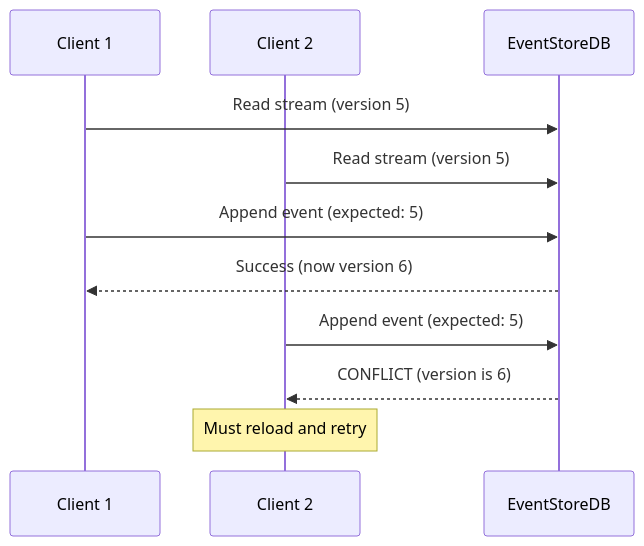
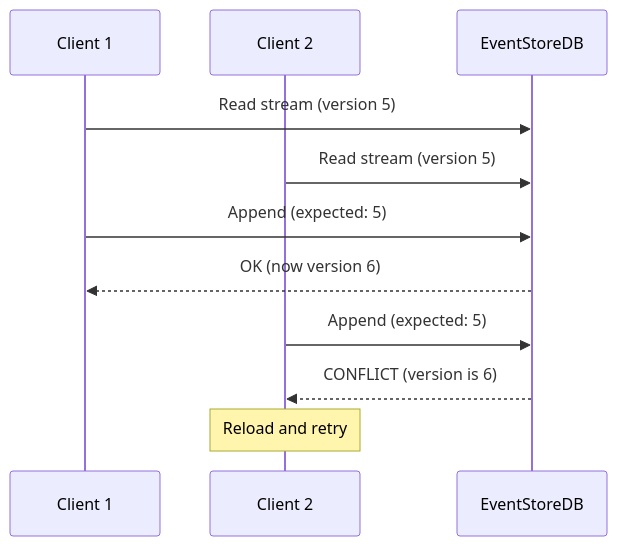
Before and after one commit to DigitalCowboyN/interview_analyzer_chaining: the fifth of 5 diagrams in docs/architecture/event-sourcing.md, drawn with Mermaid. The commit also changed other lines of this file and 10 other files, not shown here.

First line of the commit message:
docs: refresh README + product/architecture docs (current through M5.1b) (#15)

````diff
--- a/docs/architecture/event-sourcing.md
+++ b/docs/architecture/event-sourcing.md
@@ -410,17 +180,14 @@
 ```mermaid
 sequenceDiagram
     participant C1 as Client 1
     participant C2 as Client 2
     participant ES as EventStoreDB
 
     C1->>ES: Read stream (version 5)
     C2->>ES: Read stream (version 5)
-
-    C1->>ES: Append event (expected: 5)
-    ES-->>C1: Success (now version 6)
-
-    C2->>ES: Append event (expected: 5)
+    C1->>ES: Append (expected: 5)
+    ES-->>C1: OK (now version 6)
+    C2->>ES: Append (expected: 5)
     ES-->>C2: CONFLICT (version is 6)
-
-    Note over C2: Must reload and retry
+    Note over C2: Reload and retry
 ```
````
